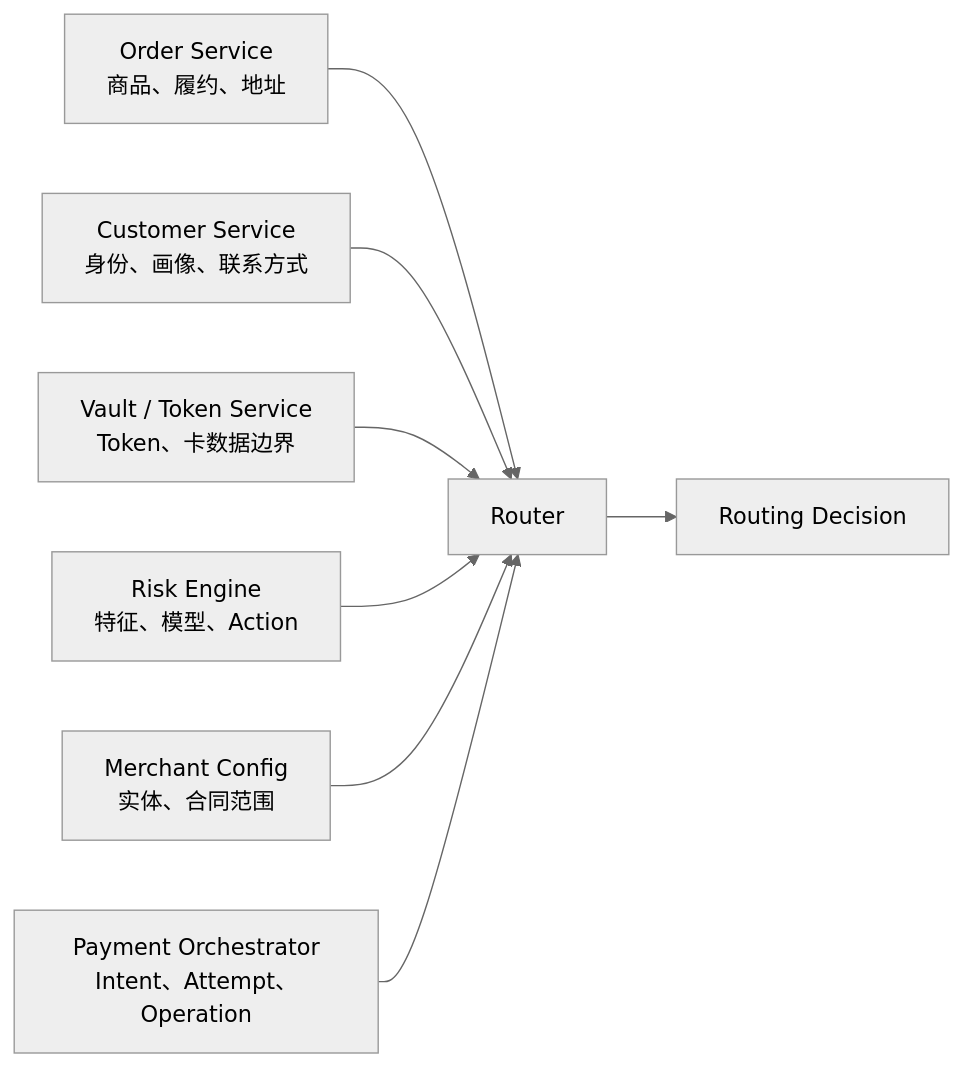
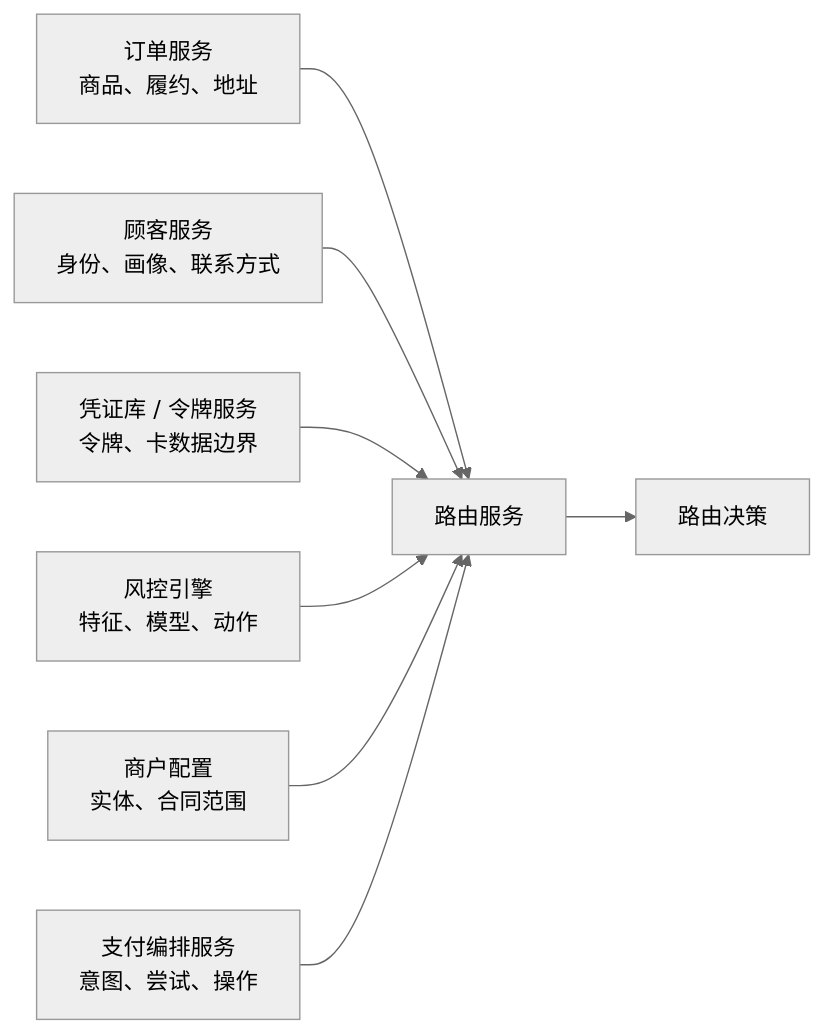
The first of 4 diagrams in part-2-routing-engine/routing-context.md (YouEclipse/Designing-Modern-Payment-Systems), drawn with Mermaid (neutral theme) before and after one commit. The commit also changed other lines of this file and 59 other files, not shown here.

````diff
--- a/part-2-routing-engine/routing-context.md
+++ b/part-2-routing-engine/routing-context.md
@@ -51,10 +51,10 @@
 ```mermaid
 flowchart LR
-    Order["Order Service<br/>商品、履约、地址"] --> Router["Router"]
-    Customer["Customer Service<br/>身份、画像、联系方式"] --> Router
-    Vault["Vault / Token Service<br/>Token、卡数据边界"] --> Router
-    Risk["Risk Engine<br/>特征、模型、Action"] --> Router
-    Merchant["Merchant Config<br/>实体、合同范围"] --> Router
-    Payment["Payment Orchestrator<br/>Intent、Attempt、Operation"] --> Router
-    Router --> Decision["Routing Decision"]
+    Order["订单服务<br/>商品、履约、地址"] --> Router["路由服务"]
+    Customer["顾客服务<br/>身份、画像、联系方式"] --> Router
+    Vault["凭证库 / 令牌服务<br/>令牌、卡数据边界"] --> Router
+    Risk["风控引擎<br/>特征、模型、动作"] --> Router
+    Merchant["商户配置<br/>实体、合同范围"] --> Router
+    Payment["支付编排服务<br/>意图、尝试、操作"] --> Router
+    Router --> Decision["路由决策"]
 ```
````
